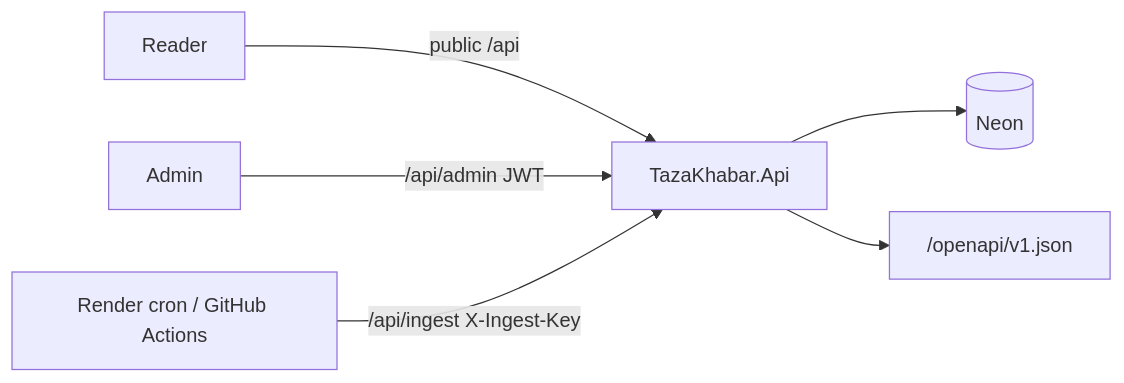
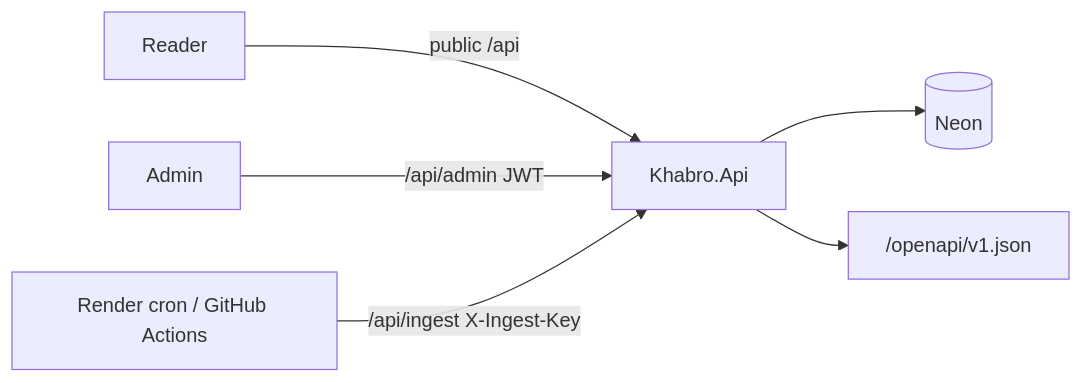
One commit to sshivanshg/TAZAkhabar changed the diagram in docs/architecture/02-api.md. Above: the diagram before and after it, drawn with Mermaid. The commit also changed other lines of this file and 91 other files, not shown here.

````diff
--- a/docs/architecture/02-api.md
+++ b/docs/architecture/02-api.md
@@ -17,8 +17,8 @@
 ```mermaid
 flowchart LR
-  Reader[Reader] -->|public /api| API[TazaKhabar.Api]
+  Reader[Reader] -->|public /api| API[Khabro.Api]
   Admin[Admin] -->|/api/admin JWT| API
   Cron[Render cron / GitHub Actions] -->|/api/ingest X-Ingest-Key| API
   API --> Neon[(Neon)]
   API --> OpenAPI["/openapi/v1.json"]
 ```
````
